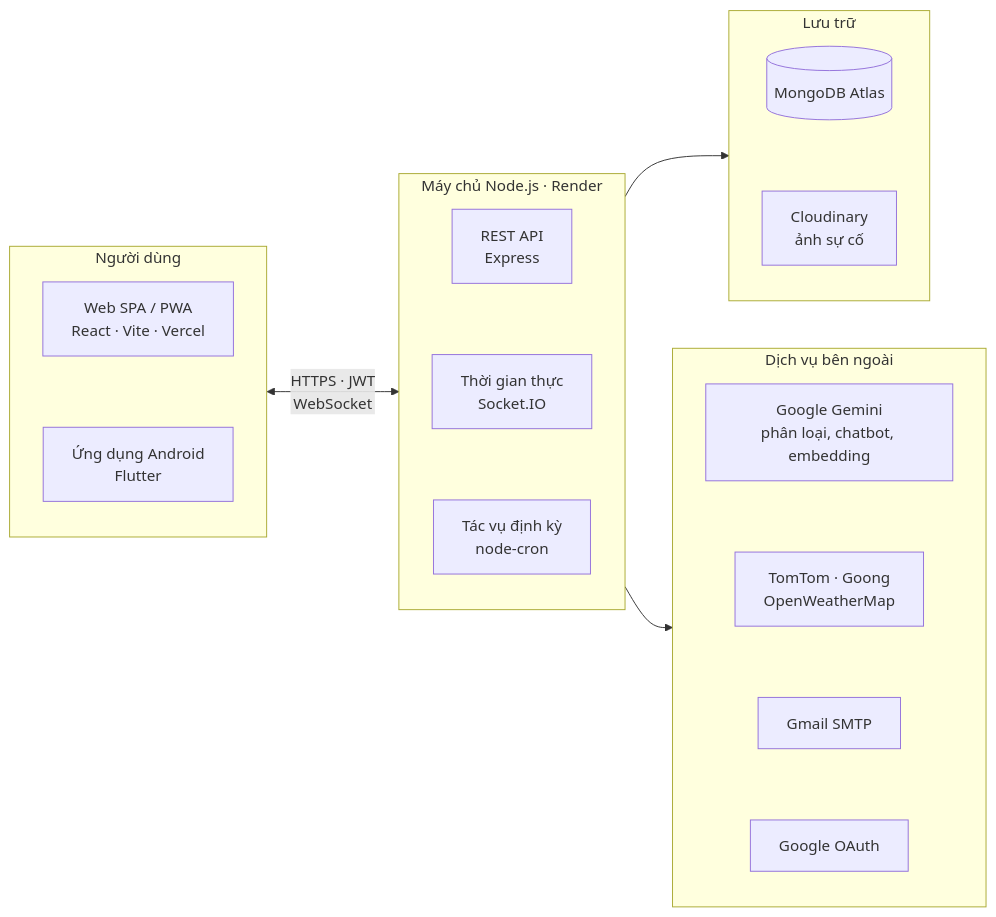
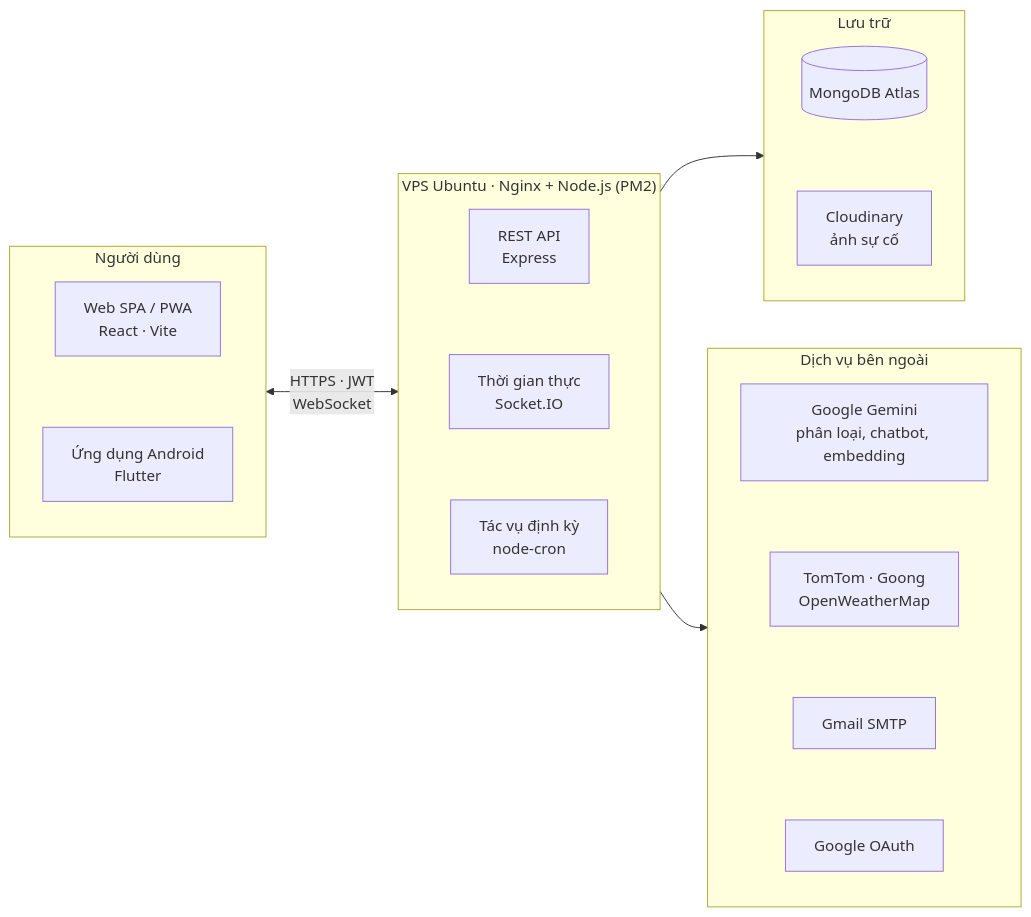
One commit to Thanhhoai230504/Smart-City changed the first of 2 diagrams in README.md. Above: the diagram before and after it, drawn with Mermaid. The commit also changed other lines of this file and 17 other files, not shown here.

````diff
--- a/README.md
+++ b/README.md
@@ -85,22 +85,22 @@
 ```mermaid
 flowchart LR
     subgraph C["Người dùng"]
         direction TB
-        WEB["Web SPA / PWA<br/>React · Vite · Vercel"] ~~~ APP["Ứng dụng Android<br/>Flutter"]
+        WEB["Web SPA / PWA<br/>React · Vite"] ~~~ APP["Ứng dụng Android<br/>Flutter"]
     end
-    subgraph S["Máy chủ Node.js · Render"]
+    subgraph S["VPS Ubuntu · Nginx + Node.js (PM2)"]
         direction TB
         API["REST API<br/>Express"] ~~~ WS["Thời gian thực<br/>Socket.IO"] ~~~ CRON["Tác vụ định kỳ<br/>node-cron"]
     end
     subgraph D["Lưu trữ"]
         direction TB
         DB[("MongoDB Atlas")] ~~~ CLD["Cloudinary<br/>ảnh sự cố"]
     end
     subgraph X["Dịch vụ bên ngoài"]
         direction TB
         AI["Google Gemini<br/>phân loại, chatbot, embedding"] ~~~ MAPS["TomTom · Goong<br/>OpenWeatherMap"] ~~~ MAIL["Gmail SMTP"] ~~~ GG["Google OAuth"]
     end
     C <-->|"HTTPS · JWT<br/>WebSocket"| S
     S --> D
     S --> X
 ```
````
